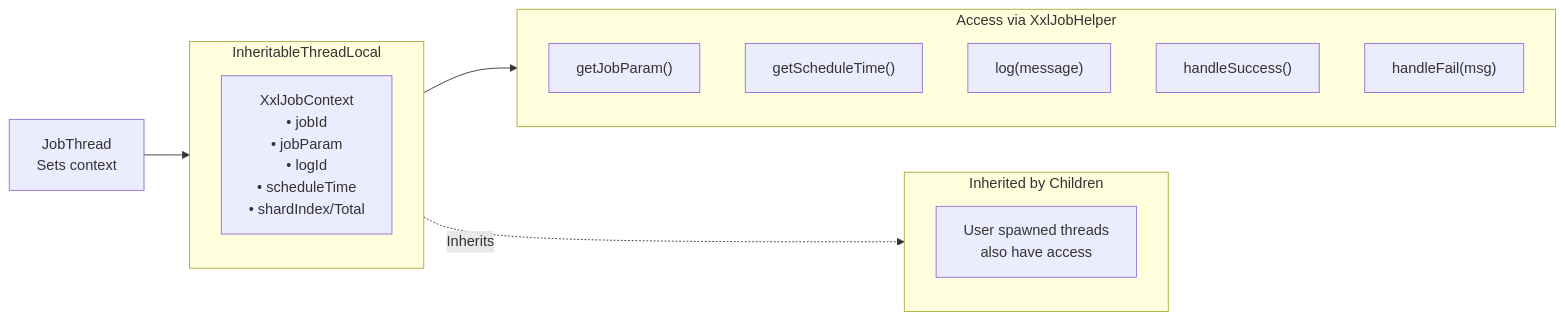
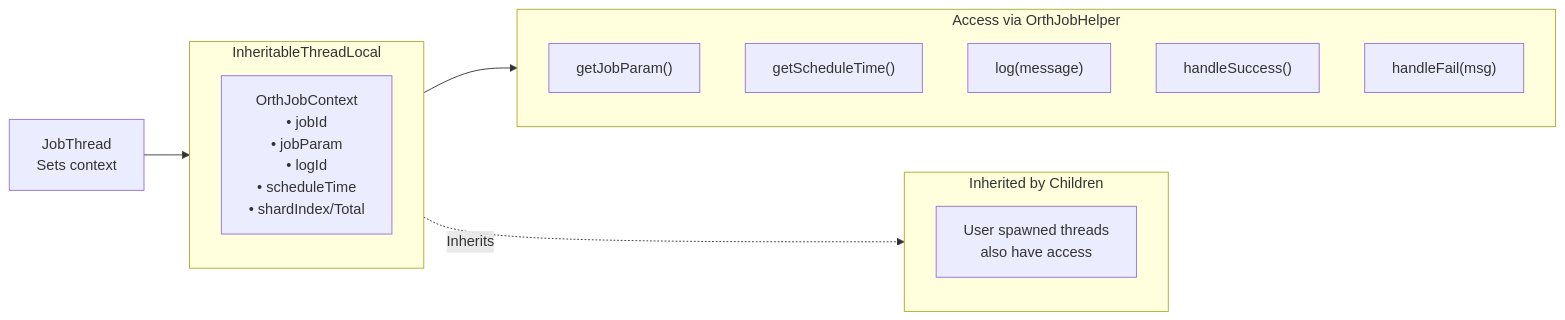
Before and after one commit to zombie12138/orth: the third of 10 diagrams in arch/04-executor-implementation.md, drawn with Mermaid. The commit also changed other lines of this file and 576 other files, not shown here.

First line of the commit message:
refactor: rename xxl-job → orth across entire project

````diff
--- a/arch/04-executor-implementation.md
+++ b/arch/04-executor-implementation.md
@@ -86,23 +86,23 @@
 ```mermaid
 flowchart LR
     subgraph ThreadLocal["InheritableThreadLocal"]
-        CTX["XxlJobContext<br/>• jobId<br/>• jobParam<br/>• logId<br/>• scheduleTime<br/>• shardIndex/Total"]
+        CTX["OrthJobContext<br/>• jobId<br/>• jobParam<br/>• logId<br/>• scheduleTime<br/>• shardIndex/Total"]
     end
     
-    subgraph Access["Access via XxlJobHelper"]
+    subgraph Access["Access via OrthJobHelper"]
         A1["getJobParam()"]
         A2["getScheduleTime()"]
         A3["log(message)"]
         A4["handleSuccess()"]
         A5["handleFail(msg)"]
     end
     
     JobThread["JobThread<br/>Sets context"] --> ThreadLocal
     ThreadLocal --> Access
     
     subgraph ChildThreads["Inherited by Children"]
         User["User spawned threads<br/>also have access"]
     end
     
     ThreadLocal -.->|"Inherits"| ChildThreads
 ```
````
